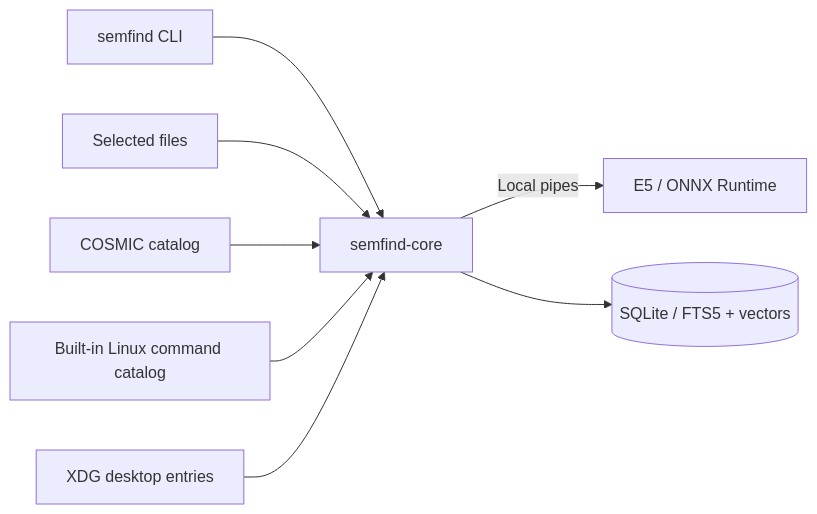
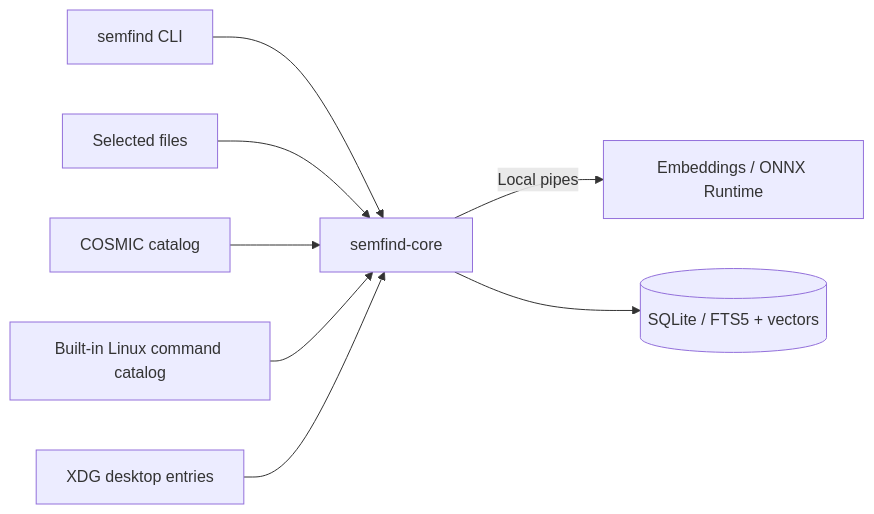
Before and after one commit to Engineer1080/semfind: the diagram in docs/architecture.md, drawn with Mermaid. The commit also changed other lines of this file and 15 other files, not shown here.

````diff
--- a/docs/architecture.md
+++ b/docs/architecture.md
@@ -3,10 +3,10 @@
 ```mermaid
 flowchart LR
     CLI[semfind CLI] --> Core[semfind-core]
     Files[Selected files] --> Core
     Catalog[COSMIC catalog] --> Core
     Commands[Built-in Linux command catalog] --> Core
     Apps[XDG desktop entries] --> Core
-    Core -->|Local pipes| Worker[E5 / ONNX Runtime]
+    Core -->|Local pipes| Worker[Embeddings / ONNX Runtime]
     Core --> DB[(SQLite / FTS5 + vectors)]
 ```
````
